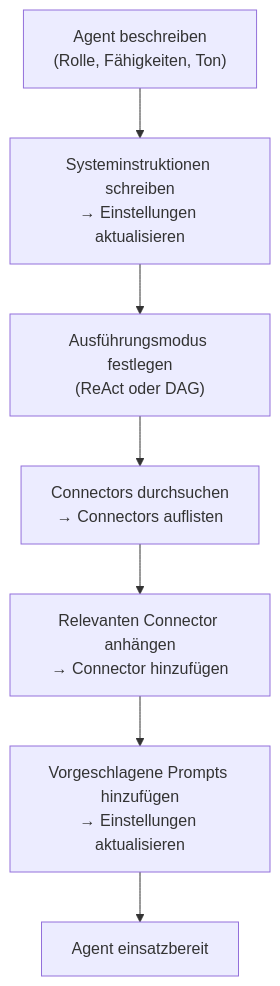
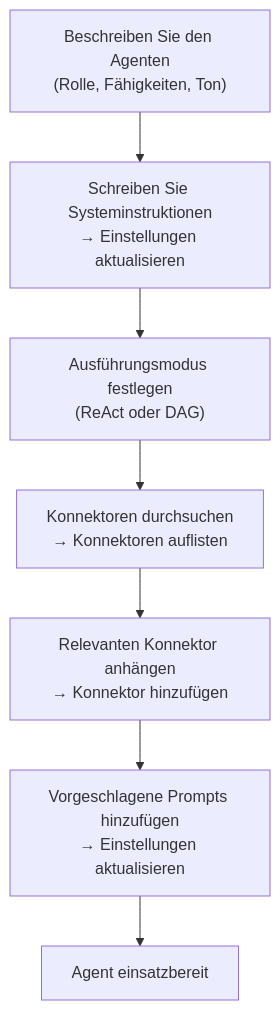
One commit to lucky20160622/fim-one changed the second of 2 diagrams in docs/de/concepts/ai-builder.mdx. Above: the diagram before and after it, drawn with Mermaid. The commit also changed other lines of this file and 141 other files, not shown here.

````diff
--- a/docs/de/concepts/ai-builder.mdx
+++ b/docs/de/concepts/ai-builder.mdx
@@ -64,10 +78,10 @@
 ```mermaid
 flowchart TD
-  A["Agent beschreiben<br/>(Rolle, Fähigkeiten, Ton)"]
-  A --> B["Systeminstruktionen schreiben<br/>→ Einstellungen aktualisieren"]
+  A["Beschreiben Sie den Agenten<br/>(Rolle, Fähigkeiten, Ton)"]
+  A --> B["Schreiben Sie Systeminstruktionen<br/>→ Einstellungen aktualisieren"]
   B --> C["Ausführungsmodus festlegen<br/>(ReAct oder DAG)"]
-  C --> D["Connectors durchsuchen<br/>→ Connectors auflisten"]
-  D --> E["Relevanten Connector anhängen<br/>→ Connector hinzufügen"]
+  C --> D["Konnektoren durchsuchen<br/>→ Konnektoren auflisten"]
+  D --> E["Relevanten Konnektor anhängen<br/>→ Konnektor hinzufügen"]
   E --> F["Vorgeschlagene Prompts hinzufügen<br/>→ Einstellungen aktualisieren"]
   F --> G["Agent einsatzbereit"]
 ```
````
